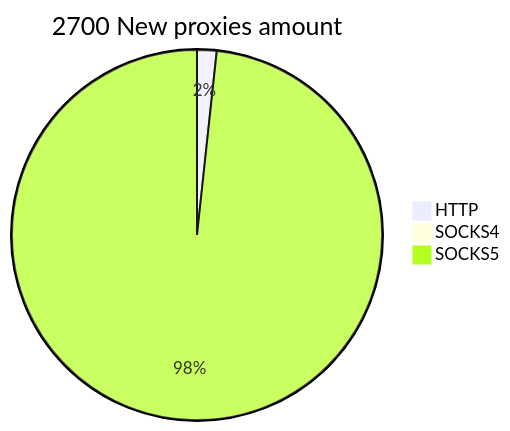
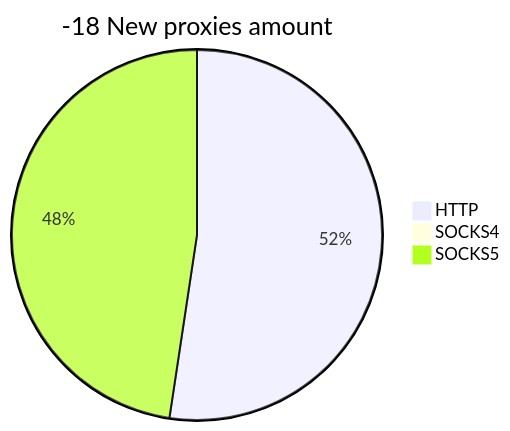
One commit to cutipu/proxylist changed the second of 2 diagrams in README.md. Above: the diagram before and after it, drawn with Mermaid. The commit also changed other lines of this file, not shown here.

````diff
--- a/README.md
+++ b/README.md
@@ -10,6 +10,6 @@
 ```mermaid
-pie title 2700 New proxies amount
-    "HTTP" : 46
+pie title -18 New proxies amount
+    "HTTP" : 11
     "SOCKS4" : 0
-    "SOCKS5" : 2657
+    "SOCKS5" : 10
 ```
````
